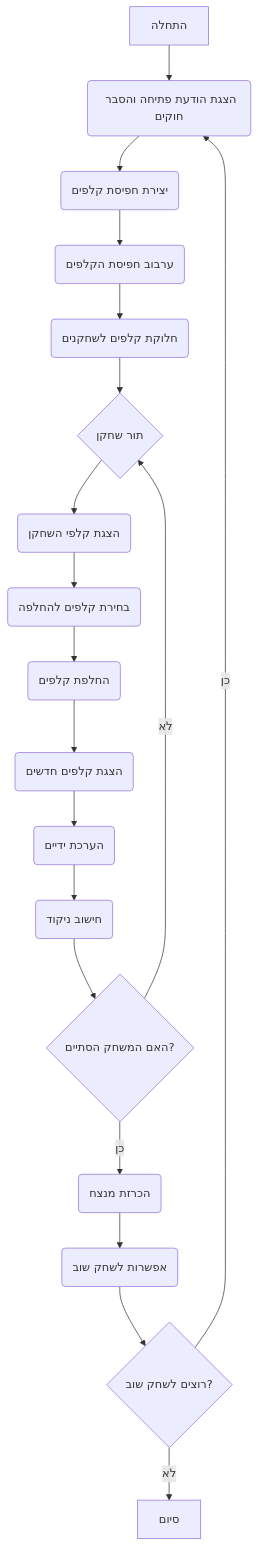
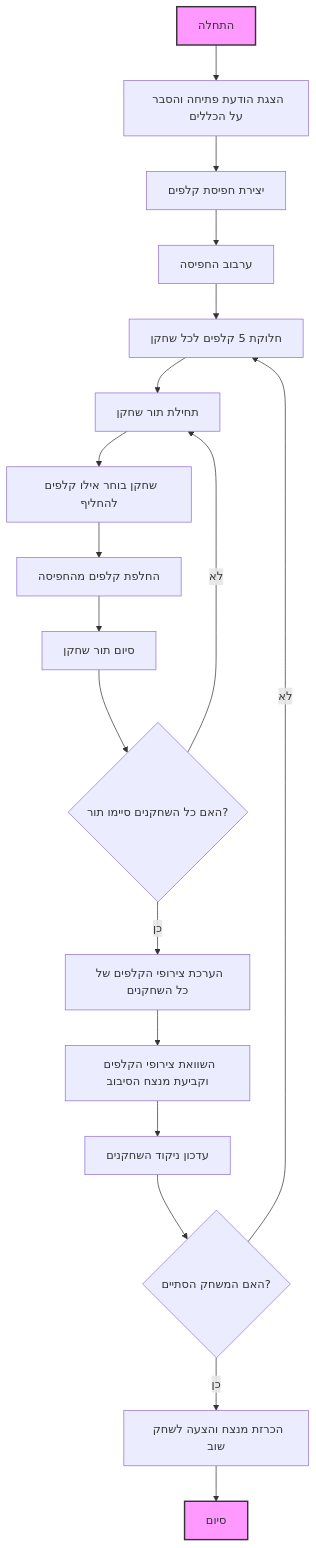
Before and after one commit to hypo69/hypo: the diagram in docs/gemini/he/explainer/src/endpoints/ai_games/101_basic_computer_games/ru/rules/71_poker.ru.md.md, drawn with Mermaid. The commit also changed other lines of this file and 885 other files, not shown here.

````diff
--- a/docs/gemini/he/explainer/src/endpoints/ai_games/101_basic_computer_games/ru/rules/71_poker.ru.md.md
+++ b/docs/gemini/he/explainer/src/endpoints/ai_games/101_basic_computer_games/ru/rules/71_poker.ru.md.md
@@ -50,21 +36,24 @@
 ```mermaid
 flowchart TD
-    A[התחלה] --> B(הצגת הודעת פתיחה והסבר חוקים);
-    B --> C(יצירת חפיסת קלפים);
-    C --> D(ערבוב חפיסת הקלפים);
-    D --> E(חלוקת קלפים לשחקנים);
-    E --> F{תור שחקן};
-    F --> G(הצגת קלפי השחקן);
-    G --> H(בחירת קלפים להחלפה);
-    H --> I(החלפת קלפים);
-     I --> J(הצגת קלפים חדשים);
-    J --> K(הערכת ידיים);
-    K --> L(חישוב ניקוד);
-    L --> M{האם המשחק הסתיים?};
-    M -- כן --> N(הכרזת מנצח);
-    M -- לא --> F;
-     N --> O(אפשרות לשחק שוב);
-     O --> P{רוצים לשחק שוב?};
-     P -- כן --> B;
-      P -- לא --> Q[סיום];
+    Start[התחלה] --> Welcome[הצגת הודעת פתיחה והסבר על הכללים];
+    Welcome --> CreateDeck[יצירת חפיסת קלפים];
+    CreateDeck --> ShuffleDeck[ערבוב החפיסה];
+    ShuffleDeck --> DealCards[חלוקת 5 קלפים לכל שחקן];
+    DealCards --> PlayerTurnStart[תחילת תור שחקן];
+    PlayerTurnStart --> ChooseCardsToReplace[שחקן בוחר אילו קלפים להחליף];
+    ChooseCardsToReplace --> ReplaceCards[החלפת קלפים מהחפיסה];
+    ReplaceCards --> PlayerTurnEnd[סיום תור שחקן];
+    PlayerTurnEnd --> all_players_turns_end{האם כל השחקנים סיימו תור?};
+    all_players_turns_end -- כן --> EvaluateHands[הערכת צירופי הקלפים של כל השחקנים];
+    all_players_turns_end -- לא --> PlayerTurnStart;
+    EvaluateHands --> CompareHands[השוואת צירופי הקלפים וקביעת מנצח הסיבוב];
+    CompareHands --> UpdateScore[עדכון ניקוד השחקנים];
+    UpdateScore --> game_end{האם המשחק הסתיים?};
+    game_end -- כן --> DeclareWinner[הכרזת מנצח והצעה לשחק שוב];
+    game_end -- לא --> DealCards;
+    DeclareWinner --> End[סיום];
+    
+  style Start fill:#f9f,stroke:#333,stroke-width:2px
+  style End fill:#f9f,stroke:#333,stroke-width:2px
+
 ```
````
